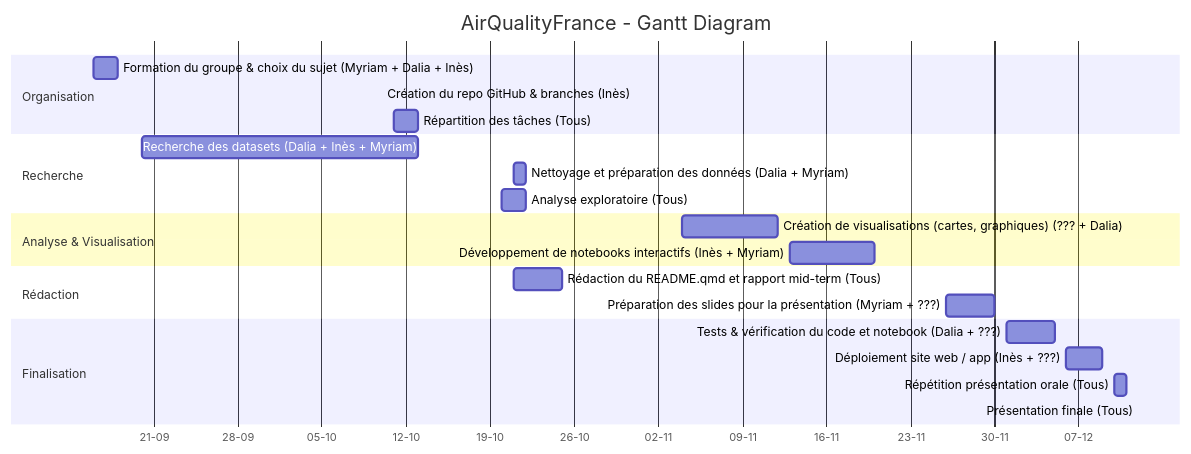
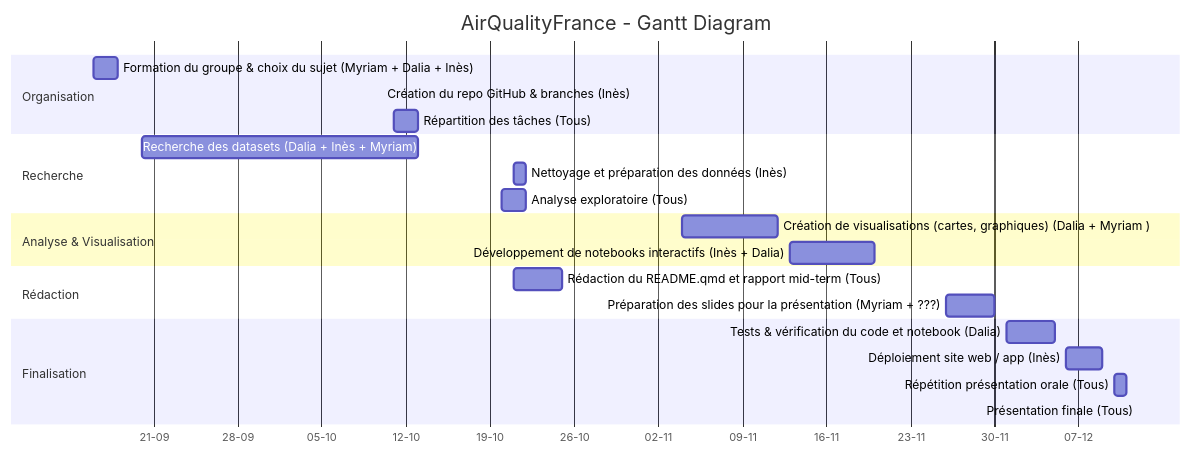
The diagram in roadmap/README.md (inesoooooooo/AirQualityFrance), drawn with Mermaid before and after one commit.

Commit message:
Update task assignments in README.md

````diff
--- a/roadmap/README.md
+++ b/roadmap/README.md
@@ -38,30 +38,30 @@
 ```mermaid
 gantt
     title AirQualityFrance - Gantt Diagram 
     dateFormat  YYYY-MM-DD
     axisFormat  %d-%m
 
     section Organisation
     Formation du groupe & choix du sujet (Myriam + Dalia + Inès)    :myriam, 2025-09-16, 2025-09-18
     Création du repo GitHub & branches (Inès)                       :ines, 2025-10-10, 2025-10-10
     Répartition des tâches (Tous)                                   :tous, 2025-10-11, 2025-10-13
 
     section Recherche
     Recherche des datasets (Dalia + Inès + Myriam)                  :dalia, 2025-09-20, 2025-10-13
-    Nettoyage et préparation des données (Dalia + Myriam)           :myriam, 2025-10-21, 2025-10-22
+    Nettoyage et préparation des données (Inès)                     :ines, 2025-10-21, 2025-10-22
     Analyse exploratoire (Tous)                                     :tous, 2025-10-20, 2025-10-22
 
     section Analyse & Visualisation
-    Création de visualisations (cartes, graphiques) (??? + Dalia)   :dalia, 2025-11-04, 2025-11-12
-    Développement de notebooks interactifs (Inès + Myriam)          :ines, 2025-11-13, 2025-11-20
+    Création de visualisations (cartes, graphiques) (Dalia + Myriam )   :dalia, 2025-11-04, 2025-11-12
+    Développement de notebooks interactifs (Inès + Dalia)          :ines, 2025-11-13, 2025-11-20
 
     section Rédaction
     Rédaction du README.qmd et rapport mid-term (Tous)              :tous, 2025-10-21, 2025-10-25
     Préparation des slides pour la présentation (Myriam + ???)      :myriam, 2025-11-26, 2025-11-30
 
     section Finalisation
-    Tests & vérification du code et notebook (Dalia + ???)          :dalia, 2025-12-01, 2025-12-05
-    Déploiement site web / app (Inès + ???)                         :ines, 2025-12-06, 2025-12-09
+    Tests & vérification du code et notebook (Dalia)                :dalia, 2025-12-01, 2025-12-05
+    Déploiement site web / app (Inès)                               :ines, 2025-12-06, 2025-12-09
     Répétition présentation orale (Tous)                            :tous, 2025-12-10, 2025-12-11
     Présentation finale (Tous)                                      :tous, 2025-12-12, 2025-12-12
 ```
````
